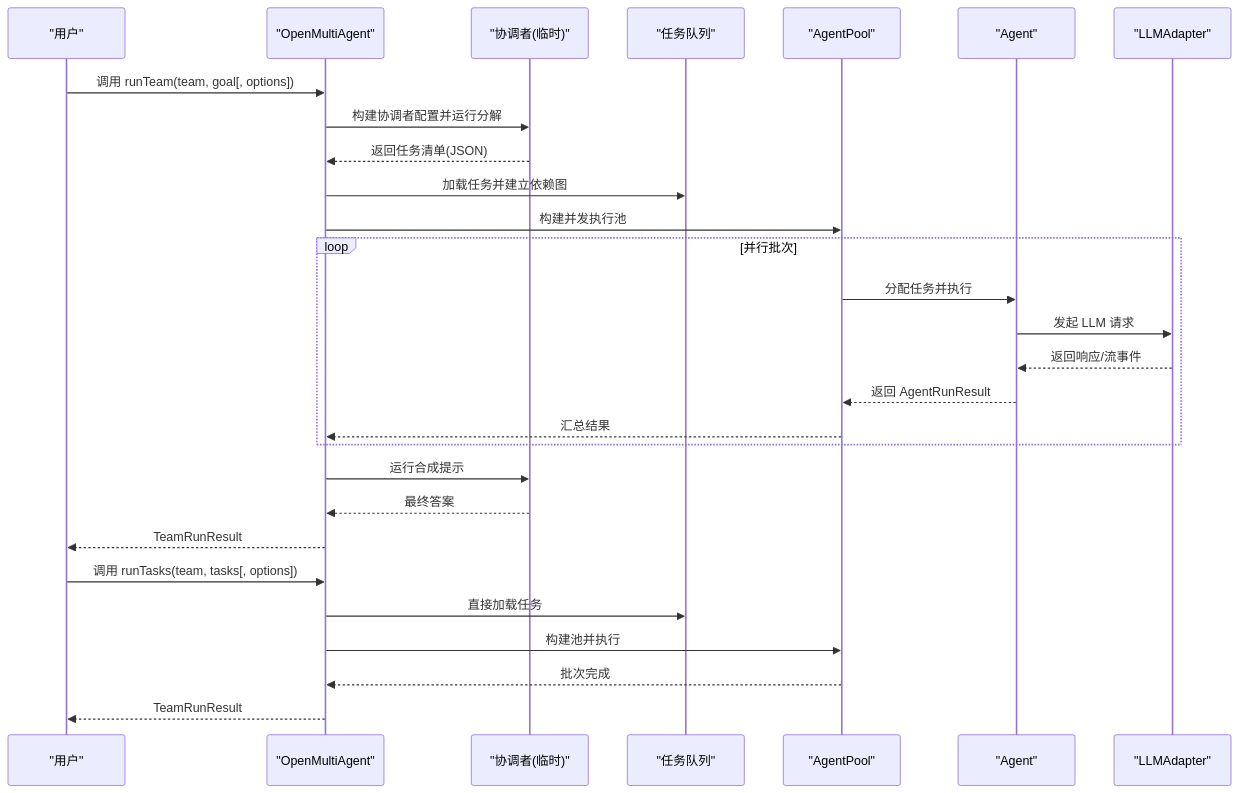
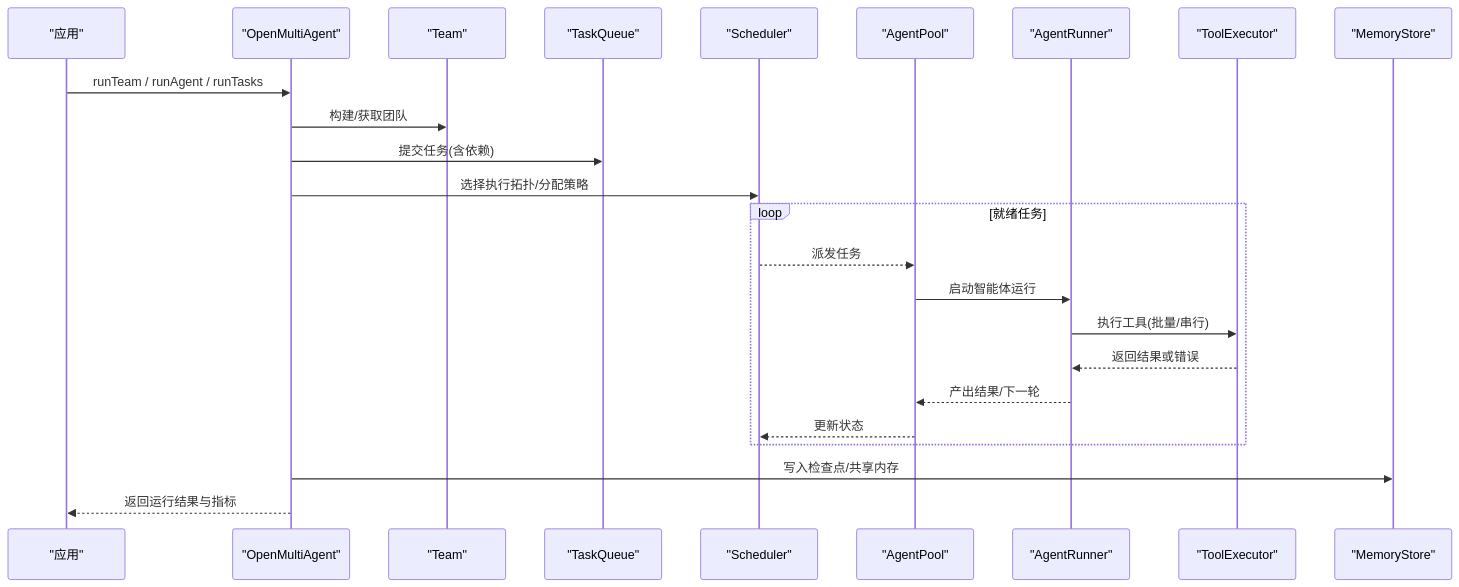
Before and after one commit to haolange/open-multi-agent: the second of 7 diagrams in .qoder/repowiki/zh/content/API 参考/API 参考.md, drawn with Mermaid. The commit also changed other lines of this file and 293 other files, not shown here.

````diff
--- a/.qoder/repowiki/zh/content/API 参考/API 参考.md
+++ b/.qoder/repowiki/zh/content/API 参考/API 参考.md
@@ -76,30 +91,26 @@
 ```mermaid
 sequenceDiagram
-participant U as "用户"
-participant OM as "OpenMultiAgent"
-participant CO as "协调者(临时)"
-participant TP as "任务队列"
-participant PO as "AgentPool"
-participant AG as "Agent"
-participant AD as "LLMAdapter"
-U->>OM : 调用 runTeam(team, goal[, options])
-OM->>CO : 构建协调者配置并运行分解
-CO-->>OM : 返回任务清单(JSON)
-OM->>TP : 加载任务并建立依赖图
-OM->>PO : 构建并发执行池
-loop 并行批次
-PO->>AG : 分配任务并执行
-AG->>AD : 发起 LLM 请求
-AD-->>AG : 返回响应/流事件
-AG-->>PO : 返回 AgentRunResult
-PO-->>OM : 汇总结果
+participant App as "应用"
+participant OMA as "OpenMultiAgent"
+participant Team as "Team"
+participant TQ as "TaskQueue"
+participant SCH as "Scheduler"
+participant AP as "AgentPool"
+participant AR as "AgentRunner"
+participant TE as "ToolExecutor"
+participant MS as "MemoryStore"
+App->>OMA : runTeam / runAgent / runTasks
+OMA->>Team : 构建/获取团队
+OMA->>TQ : 提交任务(含依赖)
+OMA->>SCH : 选择执行拓扑/分配策略
+loop 就绪任务
+SCH-->>AP : 派发任务
+AP->>AR : 启动智能体运行
+AR->>TE : 执行工具(批量/串行)
+TE-->>AR : 返回结果或错误
+AR-->>AP : 产出结果/下一轮
+AP-->>SCH : 更新状态
 end
-OM->>CO : 运行合成提示
-CO-->>OM : 最终答案
-OM-->>U : TeamRunResult
-U->>OM : 调用 runTasks(team, tasks[, options])
-OM->>TP : 直接加载任务
-OM->>PO : 构建池并执行
-PO-->>OM : 批次完成
-OM-->>U : TeamRunResult
+OMA->>MS : 写入检查点/共享内存
+OMA-->>App : 返回运行结果与指标
 ```
````
